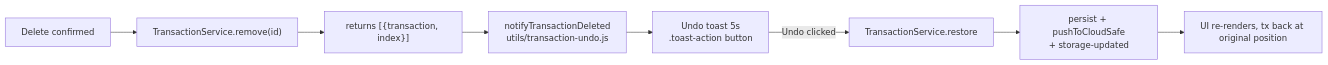
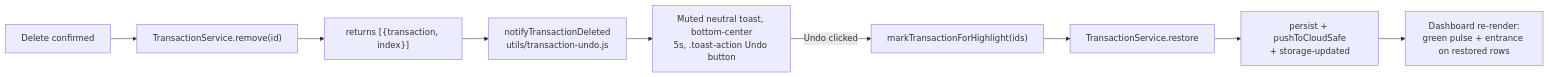
Before and after one commit to Krasen007/BlinkBudget: the second of 2 diagrams in lode/ui/summary.md, drawn with Mermaid. The commit also changed other lines of this file and 8 other files, not shown here.

Commit message:
fix undo 1. Toast now appears at the bottom of the screen

````diff
--- a/lode/ui/summary.md
+++ b/lode/ui/summary.md
@@ -40,10 +40,11 @@
 ```mermaid
 flowchart LR
     A[Delete confirmed] --> B["TransactionService.remove(id)"]
     B --> C["returns [{transaction, index}]"]
     C --> D[notifyTransactionDeleted<br/>utils/transaction-undo.js]
-    D --> E[Undo toast 5s<br/>.toast-action button]
-    E -- Undo clicked --> F[TransactionService.restore]
-    F --> G[persist + pushToCloudSafe<br/>+ storage-updated]
-    G --> H[UI re-renders, tx back at original position]
+    D --> E[Muted neutral toast, bottom-center<br/>5s, .toast-action Undo button]
+    E -- Undo clicked --> F["markTransactionForHighlight(ids)"]
+    F --> G[TransactionService.restore]
+    G --> H[persist + pushToCloudSafe<br/>+ storage-updated]
+    H --> I[Dashboard re-render:<br/>green pulse + entrance on restored rows]
 ```
````
